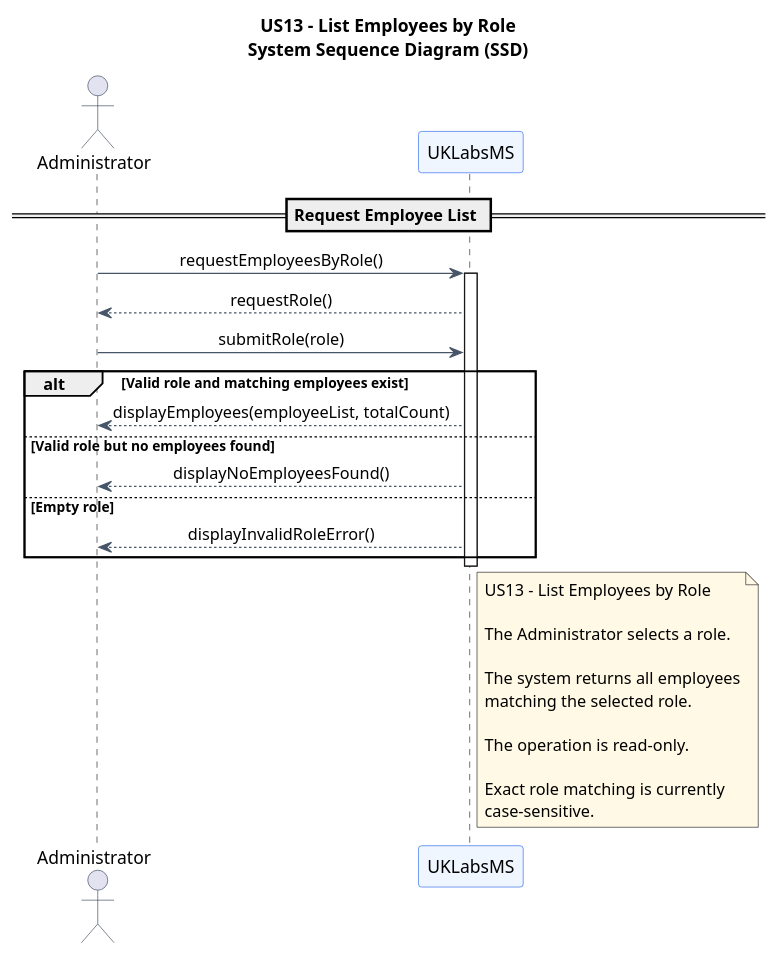
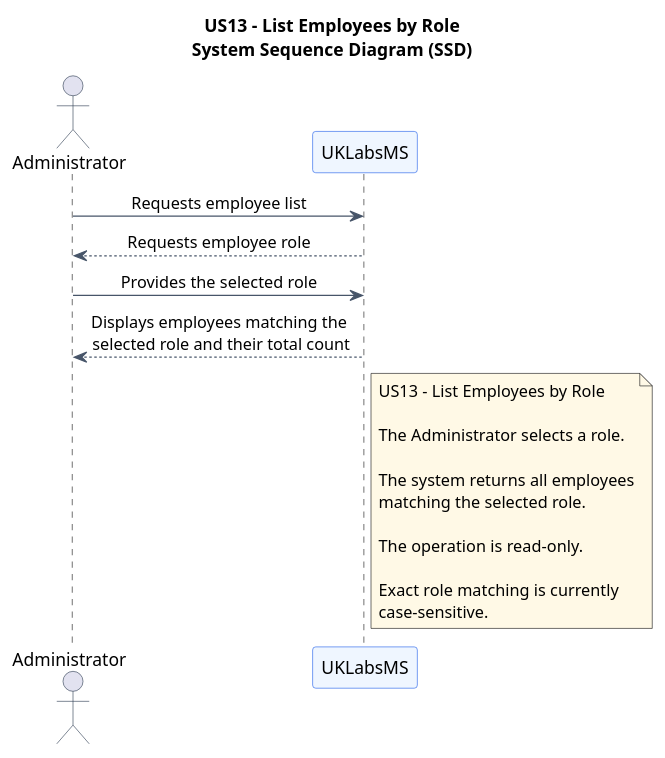
Before and after one commit to jmaia574/leti-esoft-26-27-B6: the diagram in docs/system-documentation/US13/puml/US13-SSD.puml, drawn with PlantUML. The commit also changed 1 other file, not shown here.

```diff
--- a/docs/system-documentation/US13/puml/US13-SSD.puml
+++ b/docs/system-documentation/US13/puml/US13-SSD.puml
@@ -1,50 +1,49 @@
 @startuml
+
 title US13 - List Employees by Role\nSystem Sequence Diagram (SSD)
 
 skinparam backgroundColor #FFFFFF
 skinparam shadowing false
 skinparam sequenceMessageAlign center
 skinparam responseMessageBelowArrow true
 skinparam ParticipantBorderColor #2563EB
 skinparam ParticipantBackgroundColor #EFF6FF
 skinparam ActorBorderColor #334155
 skinparam ArrowColor #475569
 skinparam NoteBackgroundColor #FFF9E6
 
 actor "Administrator" as Admin
 participant "UKLabsMS" as System
 
-== Request Employee List ==
+' =====================================================
+' Main Success Scenario
+' =====================================================
 
-Admin -> System : requestEmployeesByRole()
-activate System
+Admin -> System : Requests employee list
 
-System --> Admin : requestRole()
+System --> Admin : Requests employee role
 
-Admin -> System : submitRole(role)
+Admin -> System : Provides the selected role
 
-alt Valid role and matching employees exist
-    System --> Admin : displayEmployees(employeeList, totalCount)
-else Valid role but no employees found
-    System --> Admin : displayNoEmployeesFound()
-else Empty role
-    System --> Admin : displayInvalidRoleError()
-end
+System --> Admin : Displays employees matching the\n selected role and their total count
 
-deactivate System
+
+' =====================================================
+' Additional Information
+' =====================================================
 
 note right of System
 US13 - List Employees by Role
 
 The Administrator selects a role.
 
 The system returns all employees
 matching the selected role.
 
 The operation is read-only.
 
 Exact role matching is currently
 case-sensitive.
 end note
 
 @enduml
```
